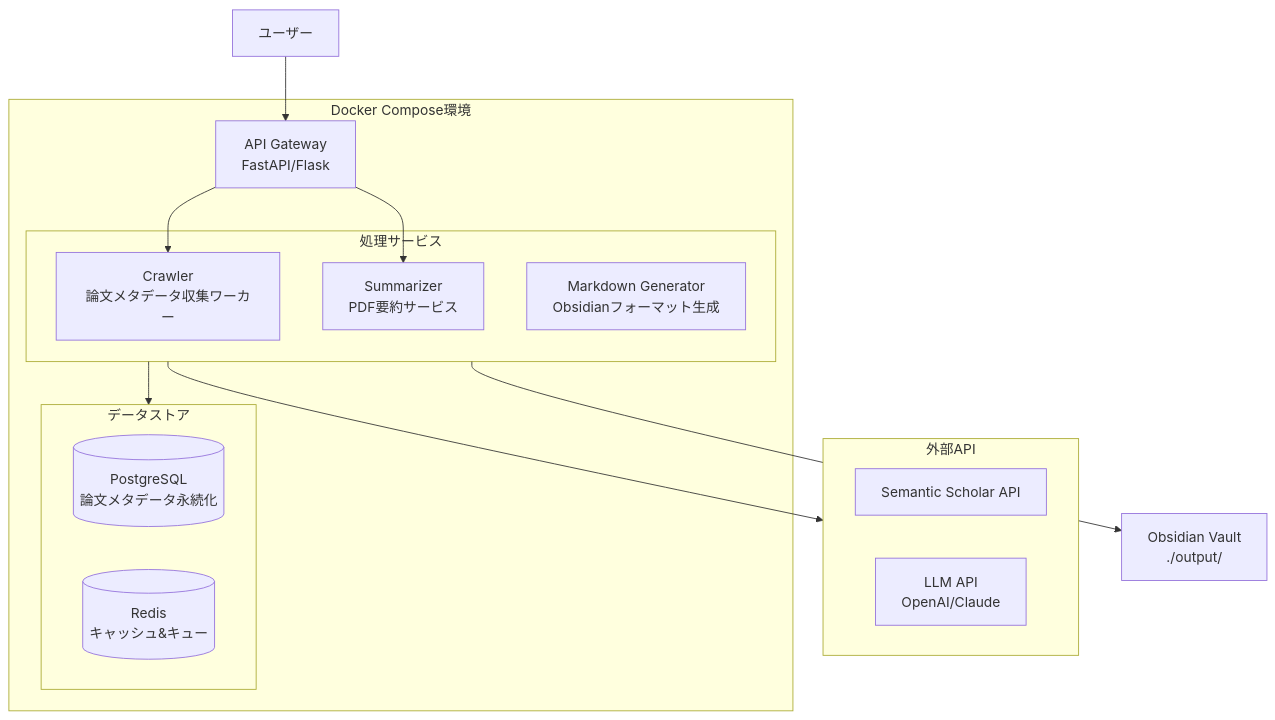
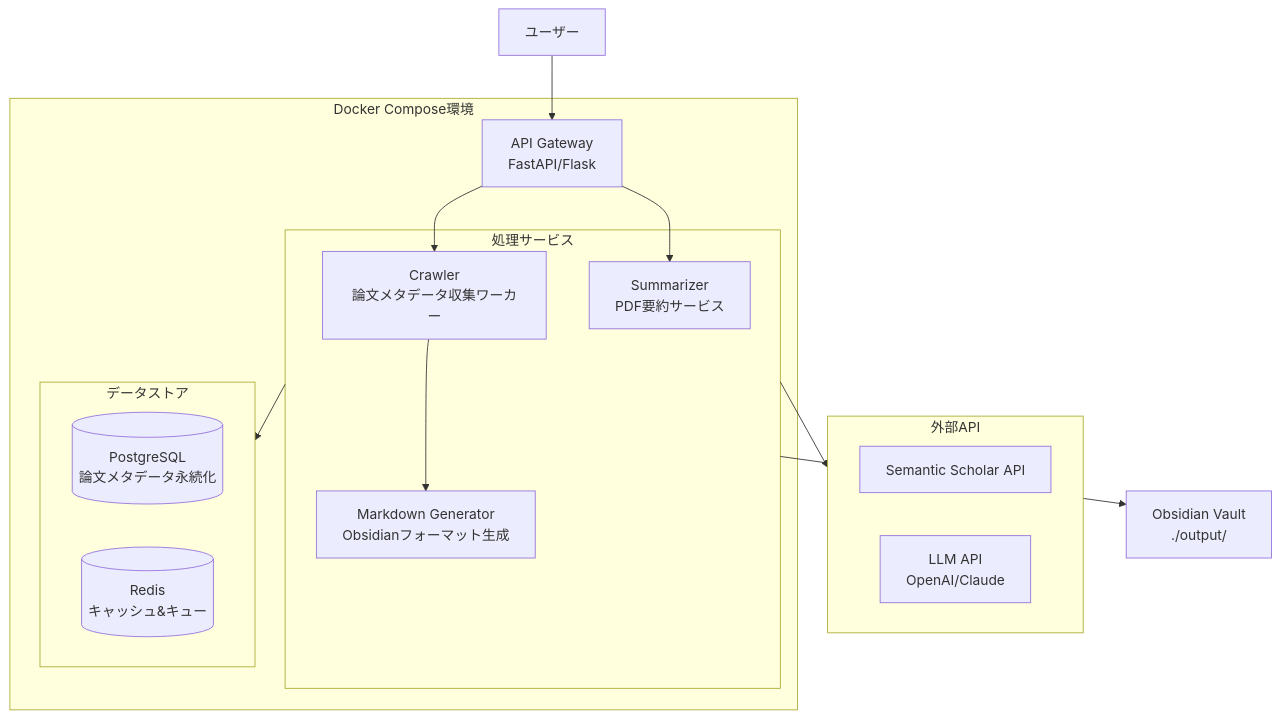
The first of 5 diagrams in docs/design/architecture.md (tsuji-tomonori/ref-net), drawn with Mermaid before and after one commit.

Commit message:
refactor(design): Docker構成図の依存関係を整理し、接続を明確化

````diff
--- a/docs/design/architecture.md
+++ b/docs/design/architecture.md
@@ -7,49 +7,42 @@
 ```mermaid
 graph TB
     %% ユーザー
     User[ユーザー]
 
     %% 外部API
     subgraph "外部API"
         SemanticAPI[Semantic Scholar API]
         LLMAPI[LLM API<br/>OpenAI/Claude]
     end
 
     %% Docker Compose環境
     subgraph "Docker Compose環境"
         %% API Gateway
         API[API Gateway<br/>FastAPI/Flask]
 
         %% 処理サービス
         subgraph "処理サービス"
             Crawler[Crawler<br/>論文メタデータ収集ワーカー]
             Summarizer[Summarizer<br/>PDF要約サービス]
             Generator[Markdown Generator<br/>Obsidianフォーマット生成]
         end
 
         %% データストア
         subgraph "データストア"
             PostgreSQL[(PostgreSQL<br/>論文メタデータ永続化)]
             Redis[(Redis<br/>キャッシュ&キュー)]
         end
     end
 
     %% 出力
     Obsidian[Obsidian Vault<br/>./output/]
 
-    %% ユーザー → API Gateway
+    %% 依存関係
     User --> API
-
-    %% API Gateway → 処理サービス
     API --> Crawler
     API --> Summarizer
-
-    %% 処理サービス → データストア
+    Crawler --> Generator
     処理サービス --> データストア
-
-    %% 処理サービス → 外部API
     処理サービス --> 外部API
-
-    %% 処理サービス → 出力
     処理サービス --> Obsidian
 ```
````
